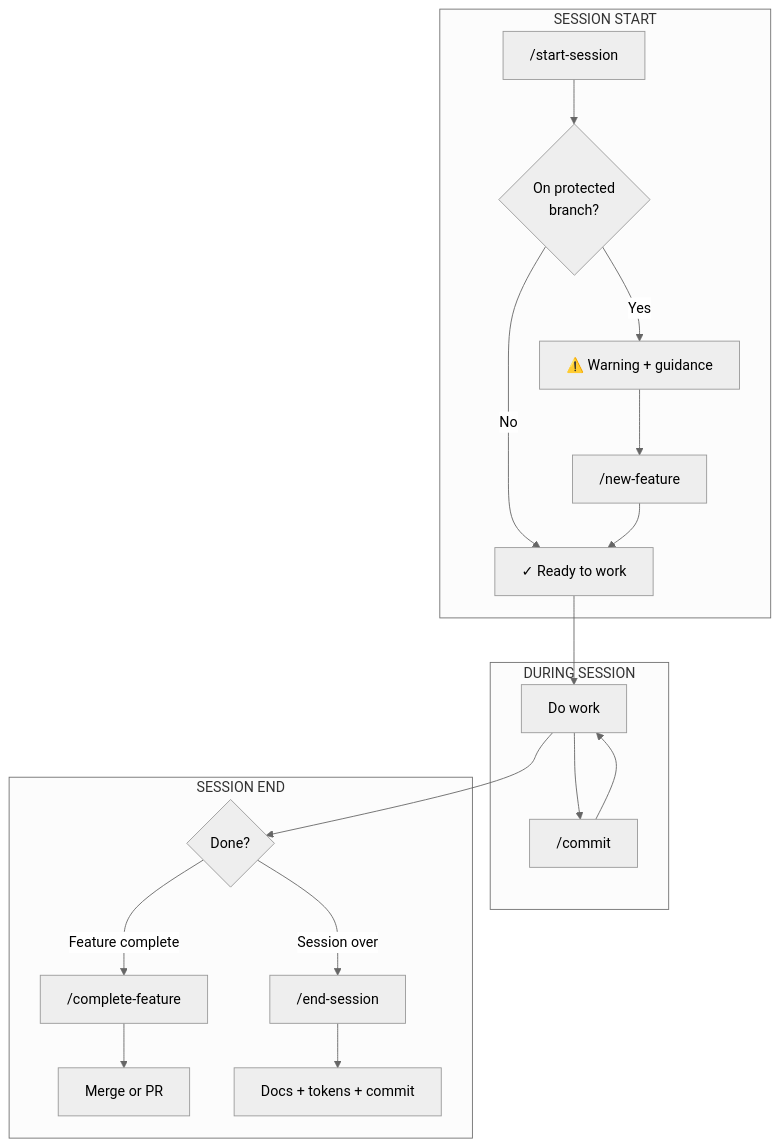
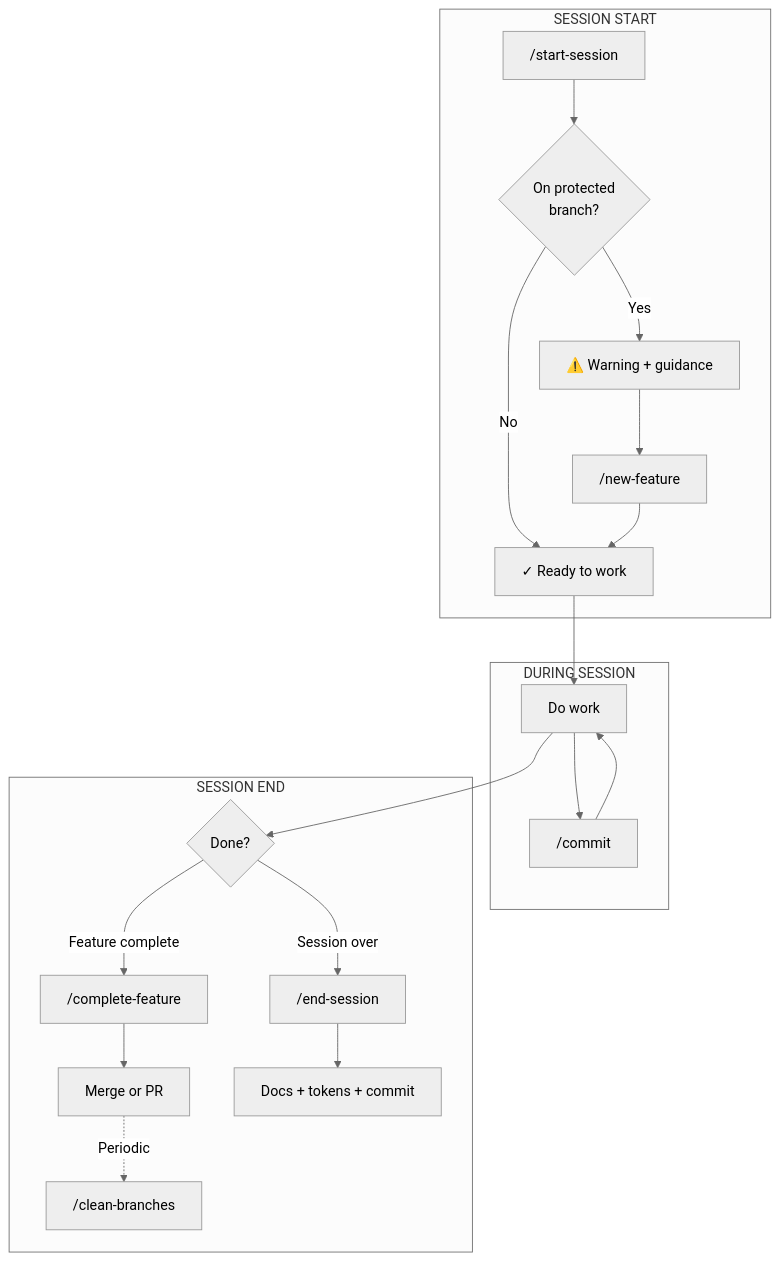
The diagram in templates/workflows/Session-Git-Workflow.md (Squared-Lemons/Squared-Agent), drawn with Mermaid (neutral theme) before and after one commit. The commit also changed other lines of this file and 7 other files, not shown here.

First line of the commit message:
Add /clean-branches command for branch maintenance

````diff
--- a/templates/workflows/Session-Git-Workflow.md
+++ b/templates/workflows/Session-Git-Workflow.md
@@ -13,24 +13,25 @@
 ```mermaid
 flowchart TB
     subgraph Start["SESSION START"]
         A["/start-session"] --> B{"On protected<br/>branch?"}
         B -->|Yes| C["⚠️ Warning + guidance"]
         B -->|No| D["✓ Ready to work"]
         C --> E["/new-feature"]
         E --> D
     end
 
     subgraph Work["DURING SESSION"]
         D --> F["Do work"]
         F --> G["/commit"]
         G --> F
     end
 
     subgraph End["SESSION END"]
         F --> H{Done?}
         H -->|Feature complete| I["/complete-feature"]
         H -->|Session over| J["/end-session"]
         I --> K["Merge or PR"]
+        K -.->|Periodic| M["/clean-branches"]
         J --> L["Docs + tokens + commit"]
     end
 ```
````
